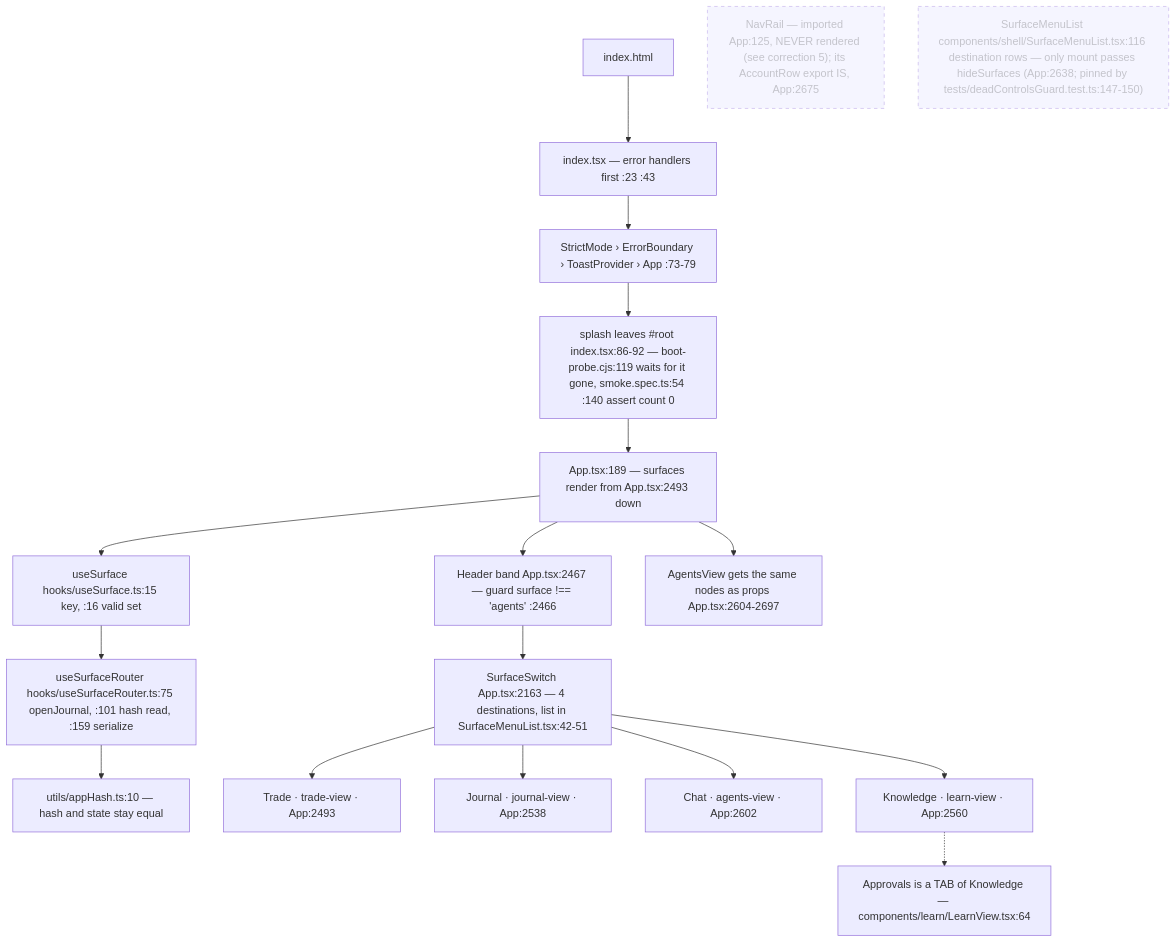
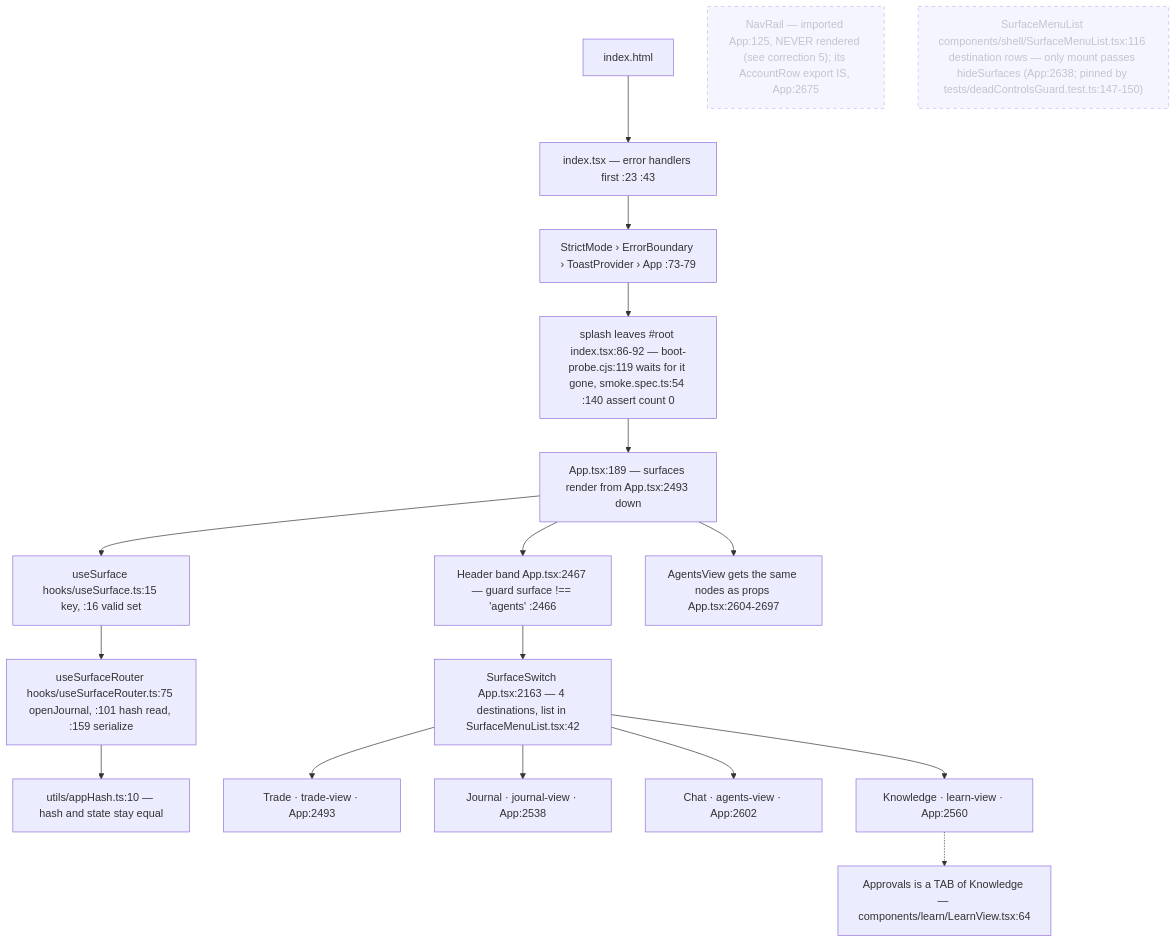
One commit to Acepay25/august-3.5 changed the first of 7 diagrams in docs/app-flow.md. Above: the diagram before and after it, drawn with Mermaid. The commit also changed other lines of this file and 3 other files, not shown here.

First line of the commit message:
docs(flow): 15 citations moved off comment lines, ceiling 61 -> 46

````diff
--- a/docs/app-flow.md
+++ b/docs/app-flow.md
@@ -31,21 +31,21 @@
 ```mermaid
 flowchart TD
     H["index.html"] --> I["index.tsx — error handlers first :23 :43"]
     I --> S["StrictMode › ErrorBoundary › ToastProvider › App :73-79"]
     S --> SP["splash leaves #root index.tsx:86-92 — boot-probe.cjs:119 waits for it gone, smoke.spec.ts:54 :140 assert count 0"]
     SP --> APP["App.tsx:189 — surfaces render from App.tsx:2493 down"]
     APP --> US["useSurface hooks/useSurface.ts:15 key, :16 valid set"]
     US --> UR["useSurfaceRouter hooks/useSurfaceRouter.ts:75 openJournal, :101 hash read, :159 serialize"]
     UR --> HASH["utils/appHash.ts:10 — hash and state stay equal"]
     APP --> HD["Header band App.tsx:2467 — guard surface !== 'agents' :2466"]
-    HD --> SW["SurfaceSwitch App.tsx:2163 — 4 destinations, list in SurfaceMenuList.tsx:42-51"]
+    HD --> SW["SurfaceSwitch App.tsx:2163 — 4 destinations, list in SurfaceMenuList.tsx:42"]
     APP --> AV["AgentsView gets the same nodes as props App.tsx:2604-2697"]
     SW --> T["Trade · trade-view · App:2493"]
     SW --> J["Journal · journal-view · App:2538"]
     SW --> C["Chat · agents-view · App:2602"]
     SW --> K["Knowledge · learn-view · App:2560"]
     K -.-> AP["Approvals is a TAB of Knowledge — components/learn/LearnView.tsx:64"]
     NR["NavRail — imported App:125, NEVER rendered (see correction 5); its AccountRow export IS, App:2675"]:::dead
     SM["SurfaceMenuList components/shell/SurfaceMenuList.tsx:116 destination rows — only mount passes hideSurfaces (App:2638; pinned by tests/deadControlsGuard.test.ts:147-150)"]:::dead
     classDef dead stroke-dasharray: 5 5,opacity:.5
 ```
````
